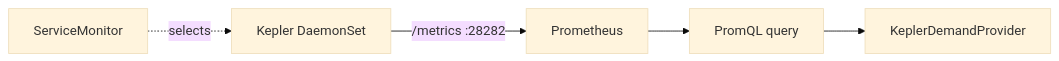
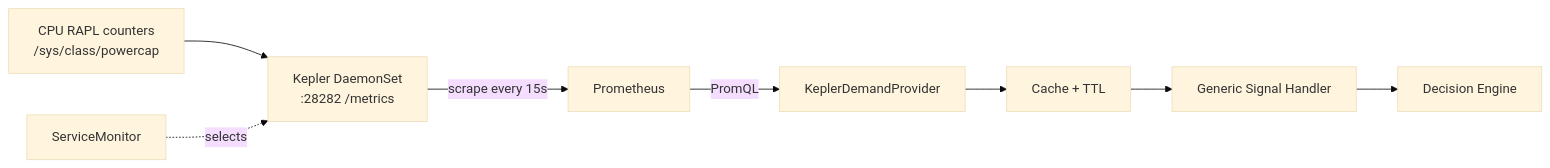
Before and after one commit to suresh-ls/energyaware-k8s-admission: the diagram in docs/kepler-setup.md, drawn with Mermaid (base theme). The commit also changed other lines of this file and 2 other files, not shown here.

Commit message:
Add Kepler + Prometheus Kind setup doc and script

````diff
--- a/docs/kepler-setup.md
+++ b/docs/kepler-setup.md
@@ -47,13 +11,10 @@
 ```mermaid
-
 flowchart LR
-
-  K[Kepler DaemonSet] -->|/metrics :28282| P[Prometheus]
-
+  CPU[CPU RAPL counters<br/>/sys/class/powercap] --> K[Kepler DaemonSet<br/>:28282 /metrics]
+  K -->|scrape every 15s| P[Prometheus]
   SM[ServiceMonitor] -.selects.-> K
-
-  P --> Q[PromQL query]
-
-  Q --> D[KeplerDemandProvider]
-
+  P -->|PromQL| D[KeplerDemandProvider]
+  D --> C[Cache + TTL]
+  C --> G[Generic Signal Handler]
+  G --> E[Decision Engine]
 ```
````
